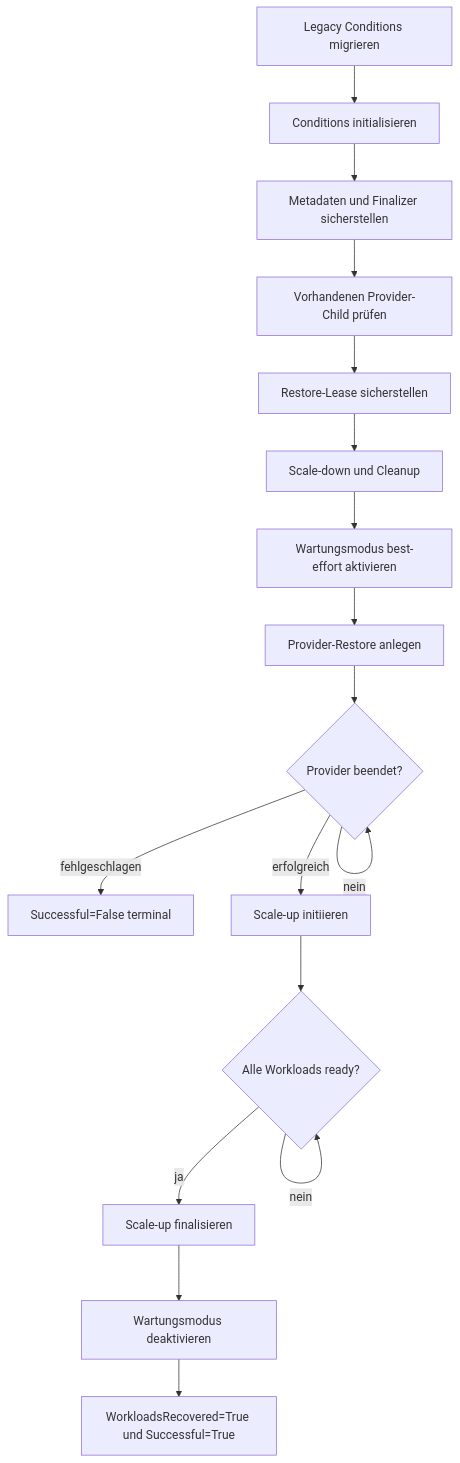
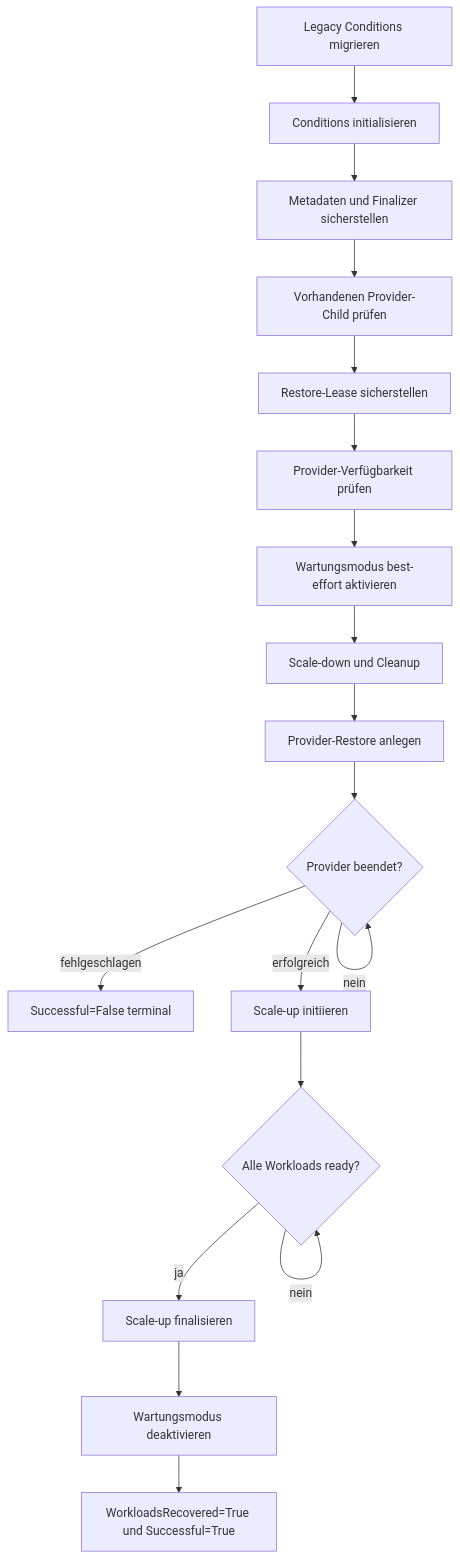
Before and after one commit to cloudogu/k8s-backup-operator: the second of 3 diagrams in docs/development/restore/restore_process_de.md, drawn with Mermaid. The commit also changed other lines of this file and 1 other file, not shown here.

Commit message:
[129] add ensureProviderReady to devdoc

````diff
--- a/docs/development/restore/restore_process_de.md
+++ b/docs/development/restore/restore_process_de.md
@@ -43,19 +43,20 @@
 ```mermaid
 flowchart TD
     A[Legacy Conditions migrieren] --> B[Conditions initialisieren]
     B --> C[Metadaten und Finalizer sicherstellen]
     C --> D[Vorhandenen Provider-Child prüfen]
     D --> E[Restore-Lease sicherstellen]
-    E --> F[Scale-down und Cleanup]
-    F --> FM[Wartungsmodus best-effort aktivieren]
-    FM --> G[Provider-Restore anlegen]
+    E --> P[Provider-Verfügbarkeit prüfen]
+    P --> FM[Wartungsmodus best-effort aktivieren]
+    FM --> F[Scale-down und Cleanup]
+    F --> G[Provider-Restore anlegen]
     G --> H{Provider beendet?}
     H -- nein --> H
     H -- fehlgeschlagen --> X[Successful=False terminal]
     H -- erfolgreich --> J[Scale-up initiieren]
     J --> K{Alle Workloads ready?}
     K -- nein --> K
     K -- ja --> L[Scale-up finalisieren]
     L --> M[Wartungsmodus deaktivieren]
     M --> N[WorkloadsRecovered=True und Successful=True]
 ```
````
